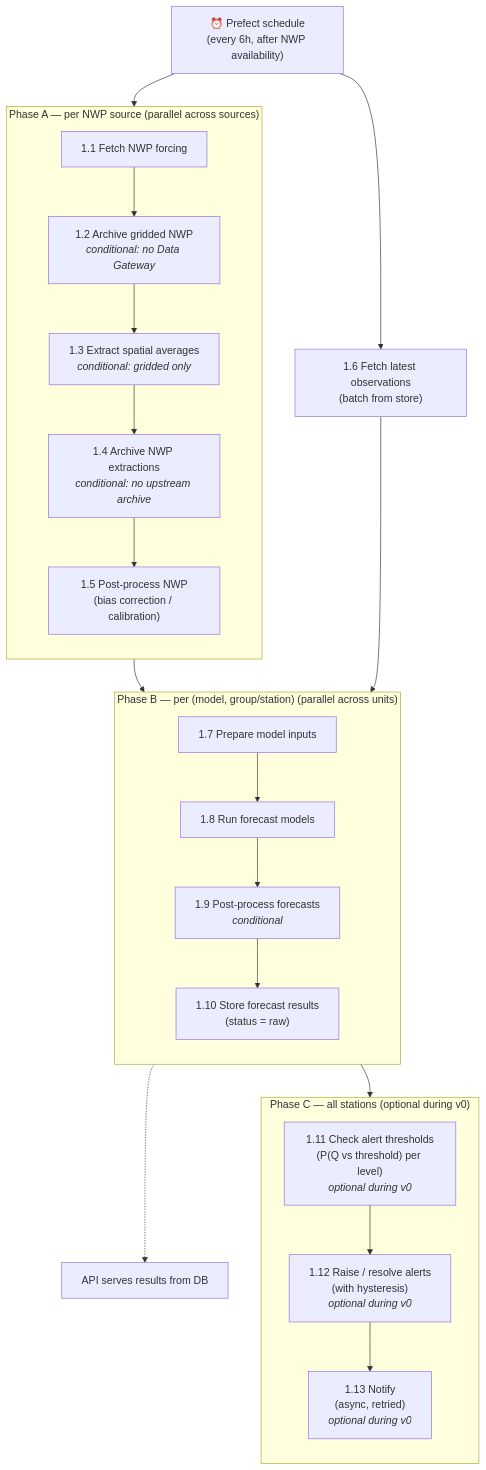
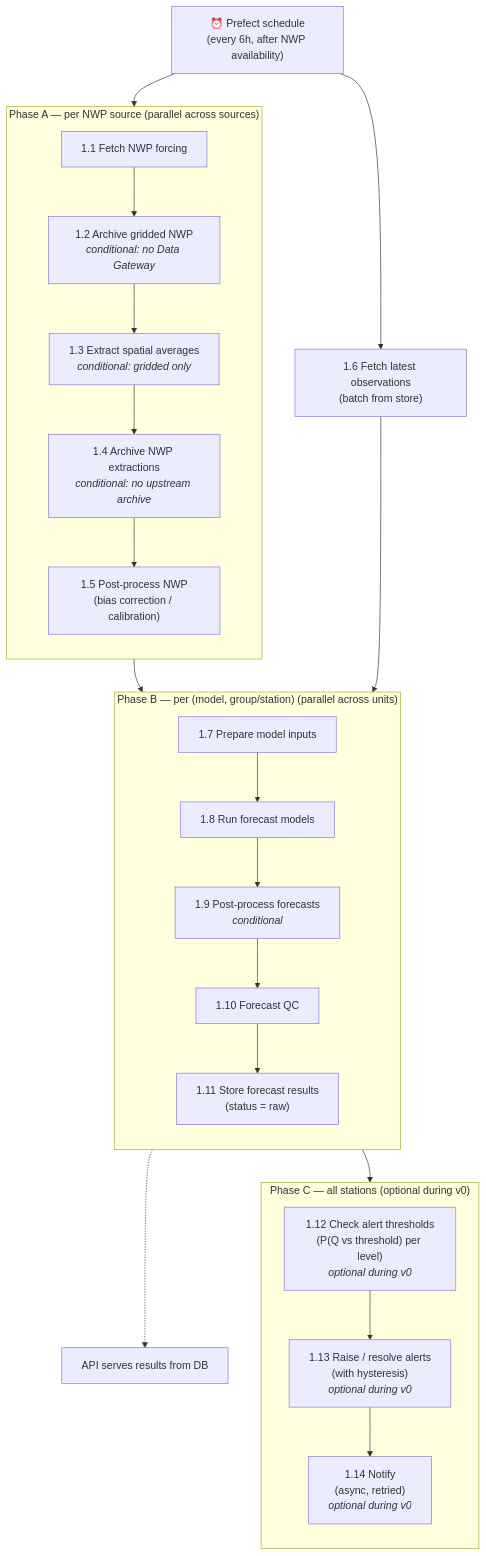
The first of 11 diagrams in docs/architecture-context.md (hydrosolutions/SAPPHIRE_flow), drawn with Mermaid before and after one commit. The commit also changed other lines of this file and 9 other files, not shown here.

First line of the commit message:
docs: resolve plan 012 — forecast QC integration design for Flow 1

````diff
--- a/docs/architecture-context.md
+++ b/docs/architecture-context.md
@@ -177,42 +179,43 @@
 ```mermaid
 flowchart TD
     trigger["⏰ Prefect schedule<br/>(every 6h, after NWP availability)"]
 
     subgraph PhaseA ["Phase A — per NWP source (parallel across sources)"]
         direction TB
         s1_1["1.1 Fetch NWP forcing"]
         s1_2["1.2 Archive gridded NWP<br/><i>conditional: no Data Gateway</i>"]
         s1_3["1.3 Extract spatial averages<br/><i>conditional: gridded only</i>"]
         s1_4["1.4 Archive NWP extractions<br/><i>conditional: no upstream archive</i>"]
         s1_5["1.5 Post-process NWP<br/>(bias correction / calibration)"]
         s1_1 --> s1_2 --> s1_3 --> s1_4 --> s1_5
     end
 
     s1_6["1.6 Fetch latest observations<br/>(batch from store)"]
 
     subgraph PhaseB ["Phase B — per (model, group/station) (parallel across units)"]
         direction TB
         s1_7["1.7 Prepare model inputs"]
         s1_8["1.8 Run forecast models"]
         s1_9["1.9 Post-process forecasts<br/><i>conditional</i>"]
-        s1_10["1.10 Store forecast results<br/>(status = raw)"]
-        s1_7 --> s1_8 --> s1_9 --> s1_10
+        s1_10["1.10 Forecast QC"]
+        s1_11["1.11 Store forecast results<br/>(status = raw)"]
+        s1_7 --> s1_8 --> s1_9 --> s1_10 --> s1_11
     end
 
     subgraph PhaseC ["Phase C — all stations (optional during v0)"]
         direction TB
-        s1_11["1.11 Check alert thresholds<br/>(P(Q vs threshold) per level)<br/><i>optional during v0</i>"]
-        s1_12["1.12 Raise / resolve alerts<br/>(with hysteresis)<br/><i>optional during v0</i>"]
-        s1_13["1.13 Notify<br/>(async, retried)<br/><i>optional during v0</i>"]
-        s1_11 --> s1_12 --> s1_13
+        s1_12["1.12 Check alert thresholds<br/>(P(Q vs threshold) per level)<br/><i>optional during v0</i>"]
+        s1_13["1.13 Raise / resolve alerts<br/>(with hysteresis)<br/><i>optional during v0</i>"]
+        s1_14["1.14 Notify<br/>(async, retried)<br/><i>optional during v0</i>"]
+        s1_12 --> s1_13 --> s1_14
     end
 
     api["API serves results from DB"]
 
     trigger --> PhaseA
     trigger --> s1_6
     PhaseA --> PhaseB
     s1_6 --> PhaseB
     PhaseB --> PhaseC
-    s1_10 -.-> api
+    s1_11 -.-> api
 ```
````
